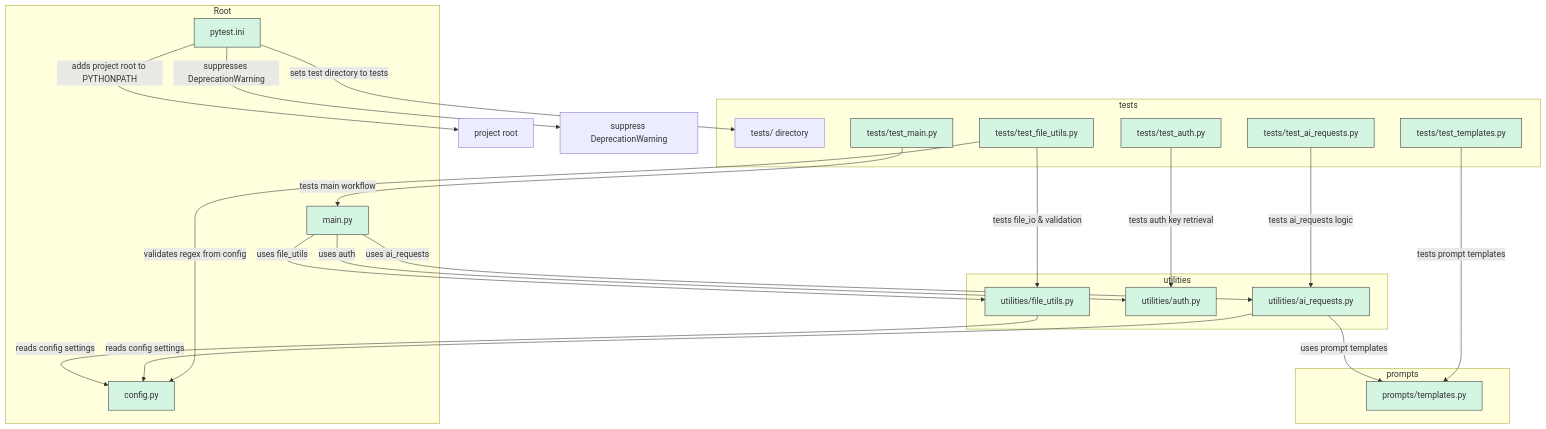
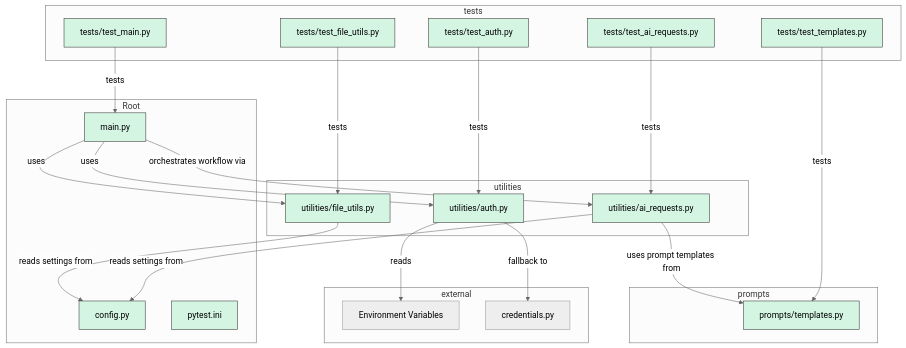
The diagram in README.md (scmgustafson/code2chart), drawn with Mermaid before and after one commit.

Commit message:
Update Mermaid diagram in README

````diff
--- a/README.md
+++ b/README.md
@@ -63,53 +63,51 @@
 ```mermaid
-%%{init: {"theme":"default"}}%%
+%%{init: {"theme": "neutral"}}%%
 graph TD
-    ROOT[project root]
-    WARN["suppress DeprecationWarning"]
+  subgraph "Root"
+    CFG[config.py]
+    PYIN[pytest.ini]
+    MAIN[main.py]
+  end
 
-    subgraph Root
-        CP[config.py]
-        MP[main.py]
-        PI[pytest.ini]
-    end
+  subgraph "utilities"
+    FU["utilities/file_utils.py"]
+    AUTH["utilities/auth.py"]
+    AI["utilities/ai_requests.py"]
+  end
 
-    subgraph utilities
-        FU[utilities/file_utils.py]
-        AU[utilities/auth.py]
-        AR[utilities/ai_requests.py]
-    end
+  subgraph "prompts"
+    TPL["prompts/templates.py"]
+  end
 
-    subgraph prompts
-        PT[prompts/templates.py]
-    end
+  subgraph "tests"
+    TMAIN["tests/test_main.py"]
+    TAI["tests/test_ai_requests.py"]
+    TFU["tests/test_file_utils.py"]
+    TAUTH["tests/test_auth.py"]
+    TTPL["tests/test_templates.py"]
+  end
 
-    subgraph tests
-        TD[tests/ directory]
-        TM[tests/test_main.py]
-        TAR[tests/test_ai_requests.py]
-        TAU[tests/test_auth.py]
-        TFU[tests/test_file_utils.py]
-        TT[tests/test_templates.py]
-    end
+  subgraph "external"
+    EV["Environment Variables"]
+    CR["credentials.py"]
+  end
 
-    MP -->|uses auth| AU
-    MP -->|uses file_utils| FU
-    MP -->|uses ai_requests| AR
+  MAIN -->|uses| AUTH
+  MAIN -->|uses| FU
+  MAIN -->|orchestrates workflow via| AI
 
-    FU -->|reads config settings| CP
-    AR -->|reads config settings| CP
-    AR -->|uses prompt templates| PT
+  FU -->|reads settings from| CFG
+  AI -->|reads settings from| CFG
+  AI -->|uses prompt templates from| TPL
+  AUTH -->|reads| EV
+  AUTH -->|fallback to| CR
 
-    TM -->|tests main workflow| MP
-    TAR -->|tests ai_requests logic| AR
-    TAU -->|tests auth key retrieval| AU
-    TFU -->|tests file_io & validation| FU
-    TFU -->|validates regex from config| CP
-    TT -->|tests prompt templates| PT
+  TMAIN -->|tests| MAIN
+  TAI -->|tests| AI
+  TFU -->|tests| FU
+  TAUTH -->|tests| AUTH
+  TTPL -->|tests| TPL
 
-    PI -->|adds project root to PYTHONPATH| ROOT
-    PI -->|sets test directory to tests| TD
-    PI -->|suppresses DeprecationWarning| WARN
-
-    classDef file fill:#d5f5e3,stroke:#333,color:#333
-    class CP,MP,PI,FU,AU,AR,PT,TM,TAR,TAU,TFU,TT file
+  classDef file fill:#d5f5e3,stroke:#333,stroke-width:1px,color:#000
+  class CFG,PYIN,MAIN,FU,AUTH,AI,TPL,TMAIN,TAI,TFU,TAUTH,TTPL file
 ```
````
